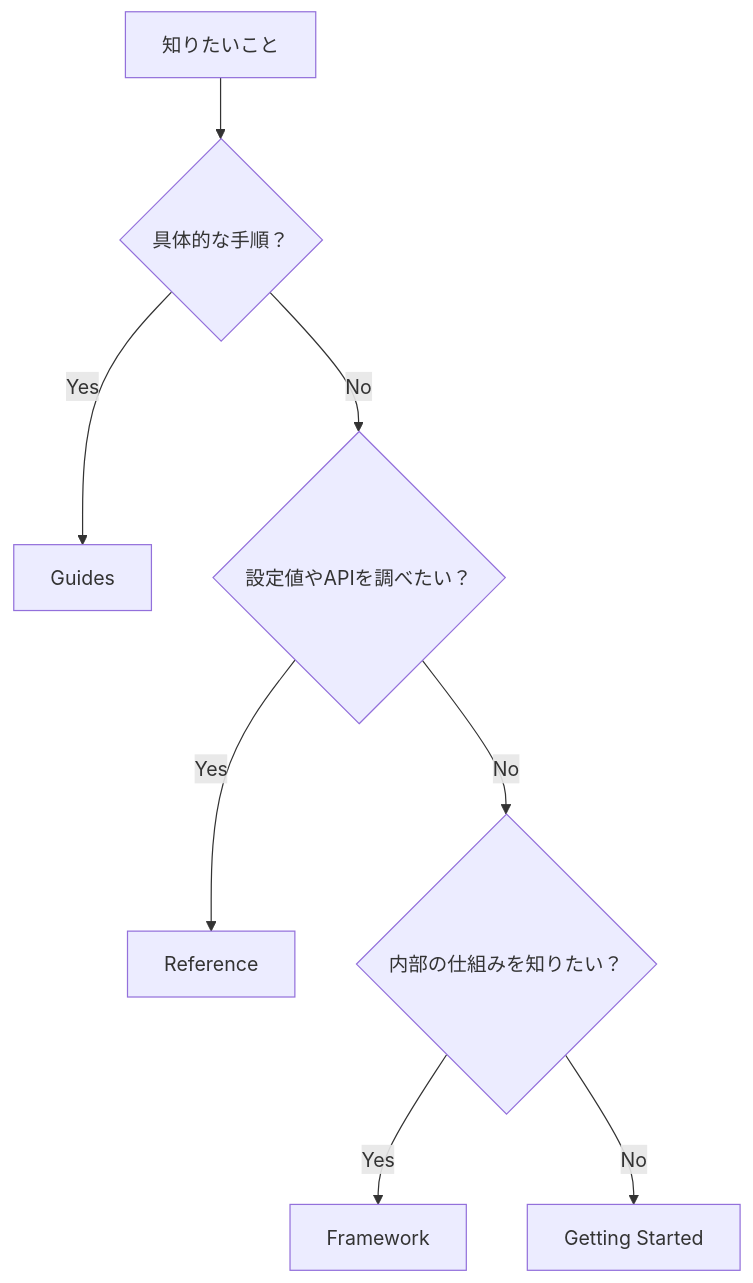
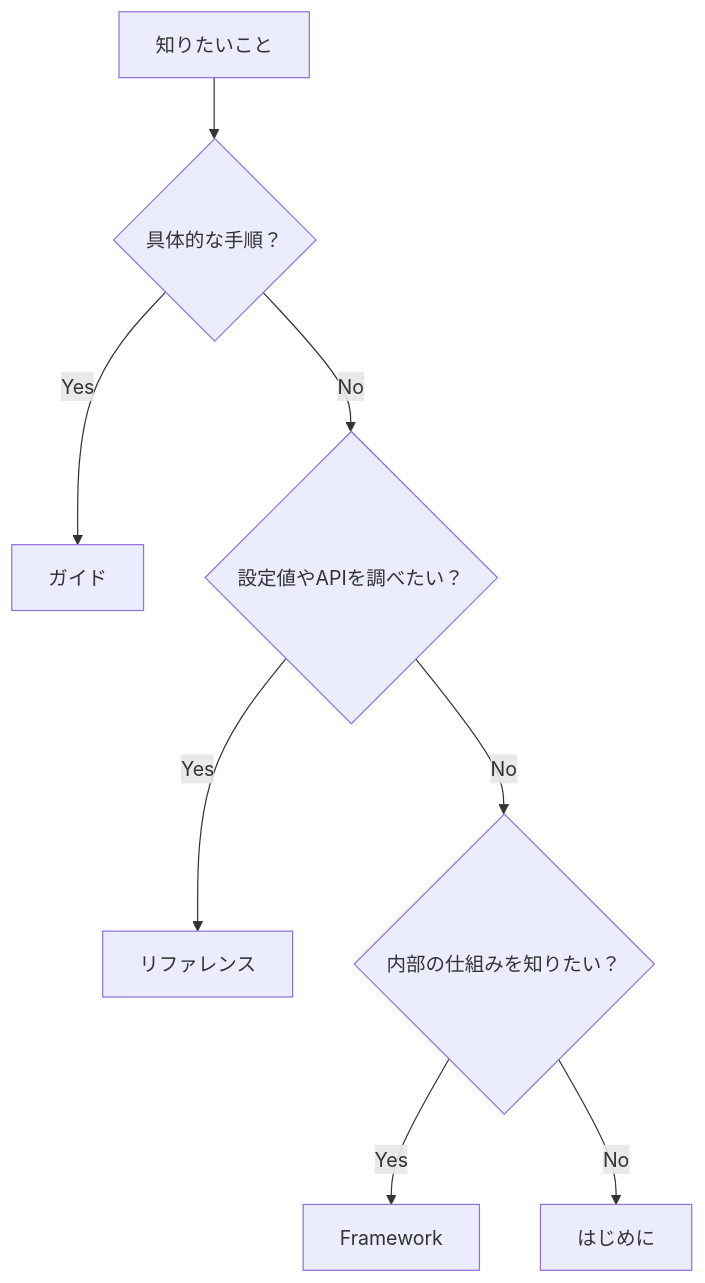
Before and after one commit to Rerurate514/riebeckite: the fourth of 4 diagrams in docs/docs/reference/README.ja.md, drawn with Mermaid. The commit also changed other lines of this file and 310 other files, not shown here.

````diff
--- a/docs/docs/reference/README.ja.md
+++ b/docs/docs/reference/README.ja.md
@@ -289,14 +269,14 @@
 ```mermaid id="q2v3n8"
 flowchart TD
     Start["知りたいこと"]
 
     Start --> Use{"具体的な手順？"}
-    Use -->|Yes| Guides["Guides"]
+    Use -->|Yes| Guides["ガイド"]
     Use -->|No| API{"設定値やAPIを調べたい？"}
 
-    API -->|Yes| Reference["Reference"]
+    API -->|Yes| Reference["リファレンス"]
     API -->|No| Internal{"内部の仕組みを知りたい？"}
 
     Internal -->|Yes| Framework["Framework"]
-    Internal -->|No| GettingStarted["Getting Started"]
+    Internal -->|No| GettingStarted["はじめに"]
 ```
````
